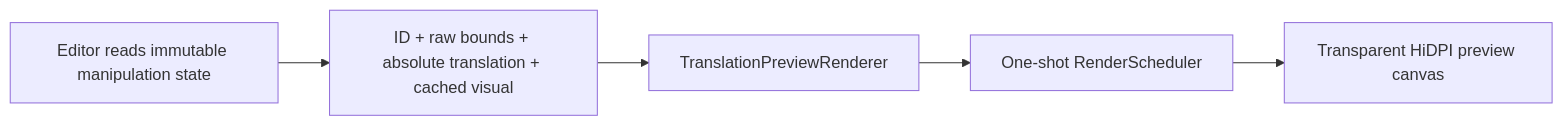
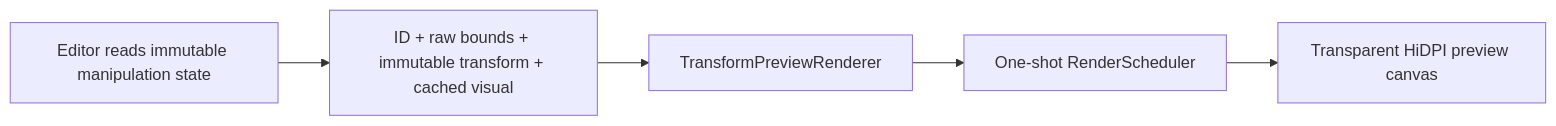
The second of 6 diagrams in packages/rendering/README.md (ritikpandey1981/digital-notes), drawn with Mermaid before and after one commit. The commit also changed other lines of this file and 75 other files, not shown here.

````diff
--- a/packages/rendering/README.md
+++ b/packages/rendering/README.md
@@ -60,7 +62,7 @@
 ```mermaid
 flowchart LR
-    Editor["Editor reads immutable manipulation state"] --> Target["ID + raw bounds + absolute translation + cached visual"]
-    Target --> Preview["TranslationPreviewRenderer"]
+    Editor["Editor reads immutable manipulation state"] --> Target["ID + raw bounds + immutable transform + cached visual"]
+    Target --> Preview["TransformPreviewRenderer"]
     Preview --> Scheduler["One-shot RenderScheduler"]
     Scheduler --> Overlay["Transparent HiDPI preview canvas"]
 ```
````
